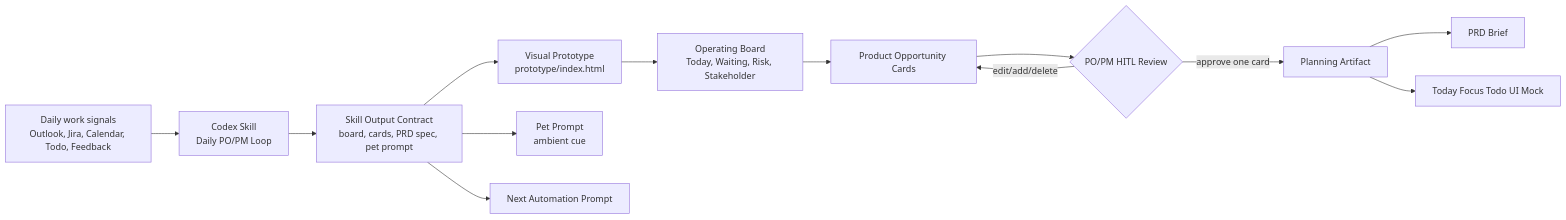
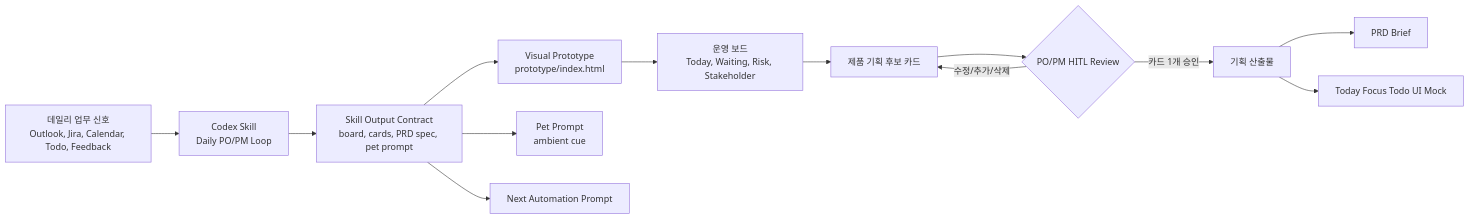
The first of 3 diagrams in README.md (HwangJohn/skillathon-daily-po-pm-loop), drawn with Mermaid before and after one commit. The commit also changed other lines of this file and 1 other file, not shown here.

````diff
--- a/README.md
+++ b/README.md
@@ -11,15 +13,15 @@
 ```mermaid
 flowchart LR
-  A[Daily work signals<br/>Outlook, Jira, Calendar, Todo, Feedback] --> B[Codex Skill<br/>Daily PO/PM Loop]
+  A[데일리 업무 신호<br/>Outlook, Jira, Calendar, Todo, Feedback] --> B[Codex Skill<br/>Daily PO/PM Loop]
   B --> C[Skill Output Contract<br/>board, cards, PRD spec, pet prompt]
   C --> D[Visual Prototype<br/>prototype/index.html]
-  D --> E[Operating Board<br/>Today, Waiting, Risk, Stakeholder]
-  E --> F[Product Opportunity Cards]
+  D --> E[운영 보드<br/>Today, Waiting, Risk, Stakeholder]
+  E --> F[제품 기획 후보 카드]
   F --> G{PO/PM HITL Review}
-  G -->|edit/add/delete| F
-  G -->|approve one card| H[Planning Artifact]
+  G -->|수정/추가/삭제| F
+  G -->|카드 1개 승인| H[기획 산출물]
   H --> I[PRD Brief]
   H --> J[Today Focus Todo UI Mock]
   C --> K[Pet Prompt<br/>ambient cue]
   C --> L[Next Automation Prompt]
 ```
````
